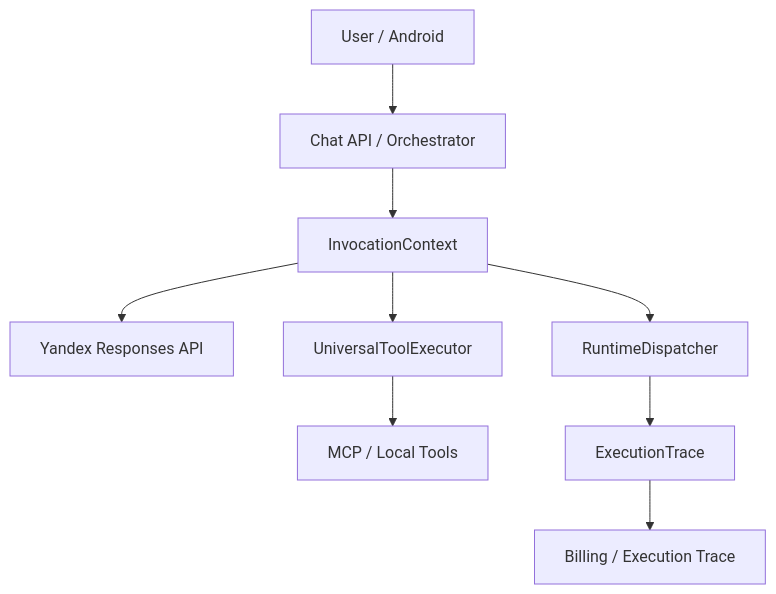
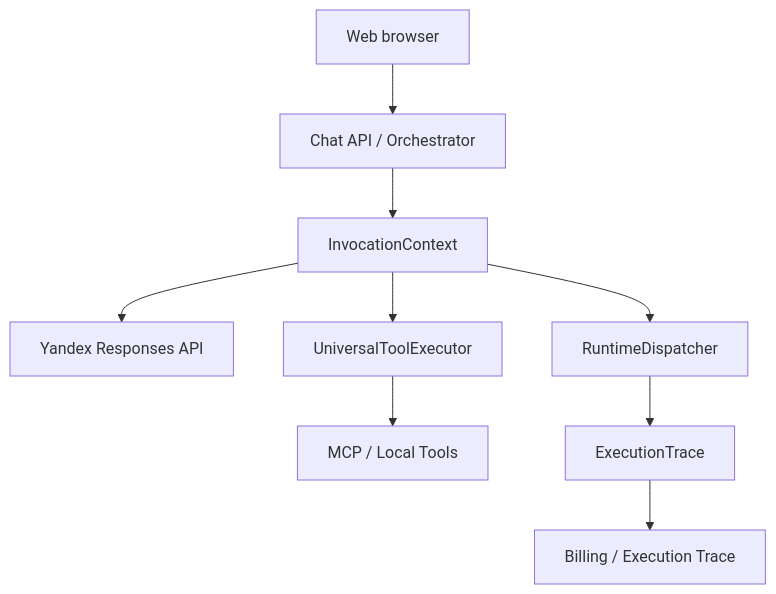
The diagram in README.md (maksimp6/Chat), drawn with Mermaid before and after one commit. The commit also changed other lines of this file and 158 other files, not shown here.

````diff
--- a/README.md
+++ b/README.md
@@ -37,11 +35,11 @@
 ```mermaid
 flowchart TD
-    U[User / Android] --> O[Chat API / Orchestrator]
+    U[Web browser] --> O[Chat API / Orchestrator]
     O --> C[InvocationContext]
     C --> Y[Yandex Responses API]
     C --> T[UniversalToolExecutor]
     T --> M[MCP / Local Tools]
     C --> R[RuntimeDispatcher]
     R --> X[ExecutionTrace]
     X --> B[Billing / Execution Trace]
 ```
````
